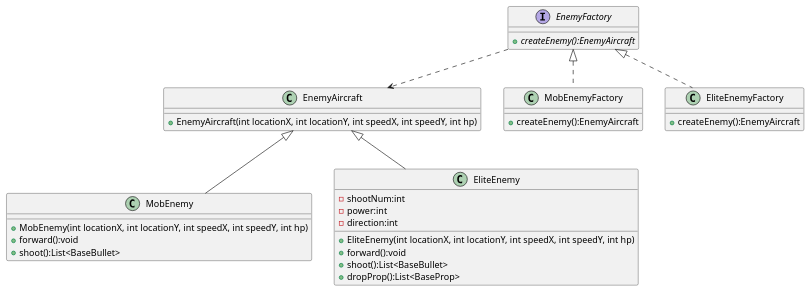
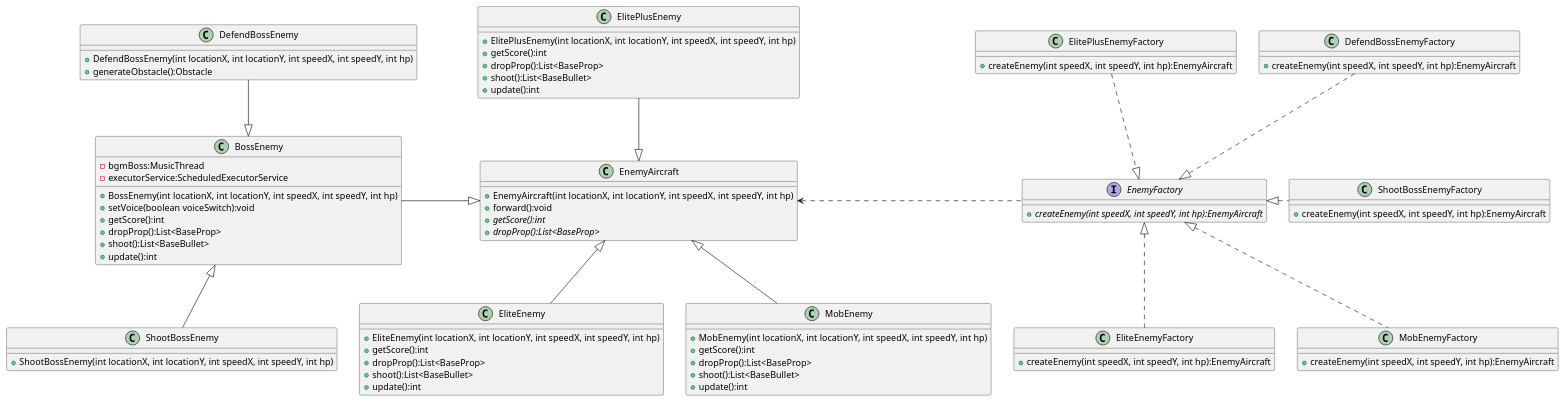
One commit to arth-saer/AircraftWar changed the diagram in uml/EnemyFactory.puml. Above: the diagram before and after it, drawn with PlantUML. The commit also changed 77 other files, not shown here.

```diff
--- a/uml/EnemyFactory.puml
+++ b/uml/EnemyFactory.puml
@@ -1,47 +1,96 @@
 @startuml
 'https://plantuml.com/class-diagram
 
 class EnemyAircraft{
     + EnemyAircraft(int locationX, int locationY, int speedX, int speedY, int hp)
+    + forward():void
+    + {abstract} getScore():int
+    + {abstract} dropProp():List<BaseProp>
+
 }
 
 class MobEnemy {
     + MobEnemy(int locationX, int locationY, int speedX, int speedY, int hp)
-    + forward():void
+    + getScore():int
+    + dropProp():List<BaseProp>
     + shoot():List<BaseBullet>
+    + update():int
 }
-EnemyAircraft <|-- MobEnemy
+EnemyAircraft <|-down- MobEnemy
 
 class EliteEnemy {
-    - shootNum:int
-    - power:int
-    - direction:int
     + EliteEnemy(int locationX, int locationY, int speedX, int speedY, int hp)
-    + forward():void
+    + getScore():int
+    + dropProp():List<BaseProp>
     + shoot():List<BaseBullet>
+    + update():int
+}
+EnemyAircraft <|-down- EliteEnemy
+
+class ElitePlusEnemy {
+    + ElitePlusEnemy(int locationX, int locationY, int speedX, int speedY, int hp)
+    + getScore():int
     + dropProp():List<BaseProp>
+    + shoot():List<BaseBullet>
+    + update():int
 }
-EnemyAircraft <|-- EliteEnemy
+EnemyAircraft <|-up- ElitePlusEnemy
+
+class BossEnemy {
+    - bgmBoss:MusicThread
+    - executorService:ScheduledExecutorService
+    + BossEnemy(int locationX, int locationY, int speedX, int speedY, int hp)
+    + setVoice(boolean voiceSwitch):void
+    + getScore():int
+    + dropProp():List<BaseProp>
+    + shoot():List<BaseBullet>
+    + update():int
+}
+EnemyAircraft <|-left- BossEnemy
+class ShootBossEnemy {
+    + ShootBossEnemy(int locationX, int locationY, int speedX, int speedY, int hp)
+}
+ShootBossEnemy -up-|> BossEnemy
+class DefendBossEnemy {
+    + DefendBossEnemy(int locationX, int locationY, int speedX, int speedY, int hp)
+    + generateObstacle():Obstacle
+}
+DefendBossEnemy --|> BossEnemy
 
 interface EnemyFactory
 {
-    + {abstract} createEnemy():EnemyAircraft
+    + {abstract} createEnemy(int speedX, int speedY, int hp):EnemyAircraft
 }
 
 class MobEnemyFactory
 {
-    + createEnemy():EnemyAircraft
+    + createEnemy(int speedX, int speedY, int hp):EnemyAircraft
 }
-EnemyFactory <|.. EliteEnemyFactory
-EnemyFactory <|.. MobEnemyFactory
-
 class EliteEnemyFactory
 {
-    + createEnemy():EnemyAircraft
+    + createEnemy(int speedX, int speedY, int hp):EnemyAircraft
 }
+class ElitePlusEnemyFactory
+{
+    + createEnemy(int speedX, int speedY, int hp):EnemyAircraft
+}
+class ShootBossEnemyFactory
+ {
+     + createEnemy(int speedX, int speedY, int hp):EnemyAircraft
+ }
+ class DefendBossEnemyFactory
+ {
+     + createEnemy(int speedX, int speedY, int hp):EnemyAircraft
+ }
+EnemyFactory <|.down. EliteEnemyFactory
+EnemyFactory <|.down. MobEnemyFactory
+EnemyFactory <|.right. ShootBossEnemyFactory
+EnemyFactory <|.up. DefendBossEnemyFactory
+EnemyFactory <|.up. ElitePlusEnemyFactory
 
-EnemyFactory ..> EnemyAircraft
+
+EnemyFactory .left.> EnemyAircraft
 'MobEnemyFactory ..> MobEnemy
 'EliteEnemyFactory ..> EliteEnemy
 
 @enduml
```
